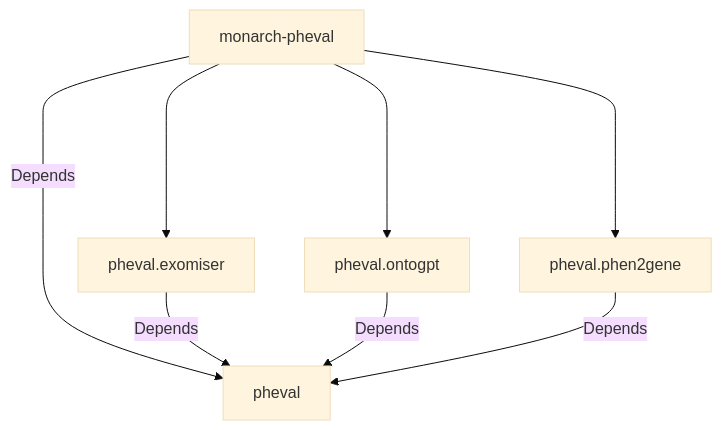
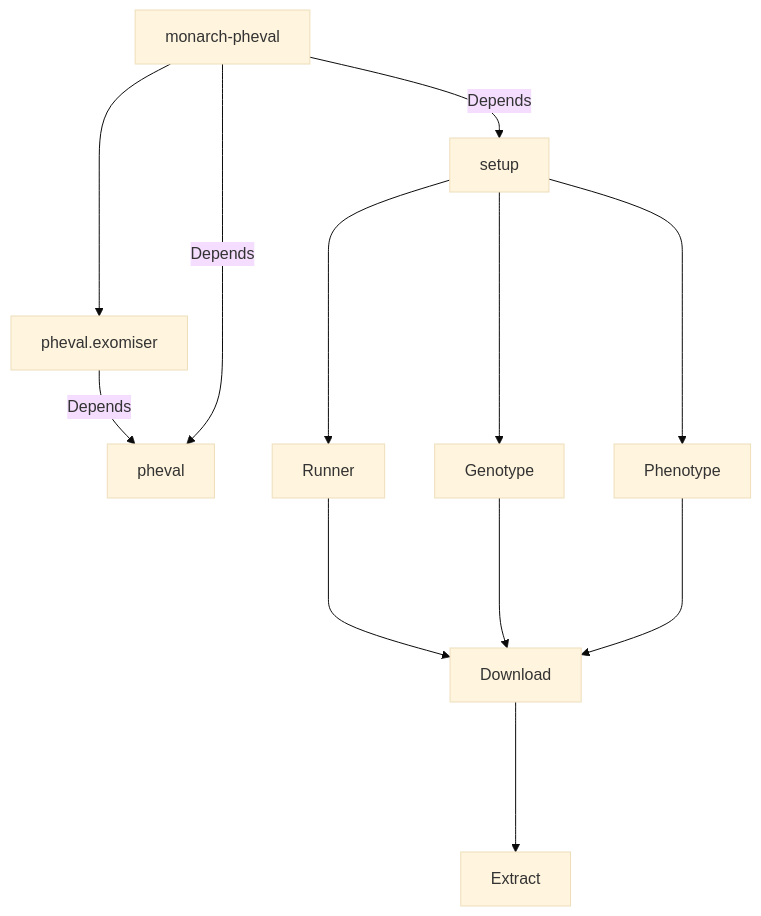
One commit to monarch-initiative/monarch_pheval changed the diagram in README.md. Above: the diagram before and after it, drawn with Mermaid (base theme). The commit also changed other lines of this file, not shown here.

````diff
--- a/README.md
+++ b/README.md
@@ -19,10 +16,17 @@
 ```mermaid
 graph TD;
     A[monarch-pheval]---->C[pheval.exomiser];
-    A[monarch-pheval]---->D[pheval.ontogpt];
-    A[monarch-pheval]---->E[pheval.phen2gene];
-    A--Depends-->B[pheval];
-    C--Depends-->B[pheval];
-    D--Depends-->B[pheval];
-    E--Depends-->B[pheval];
+    C--Depends-->P[pheval];
+    A--Depends-->P[pheval];
+    S[setup];
+    A--Depends-->S[setup];
+    S---->D[Genotype];
+    S---->E[Phenotype];
+    S---->R[Runner];
+    F[Download];
+    G[Extract];
+    R---->F
+    D---->F
+    E---->F
+    F---->G
 ```
````
